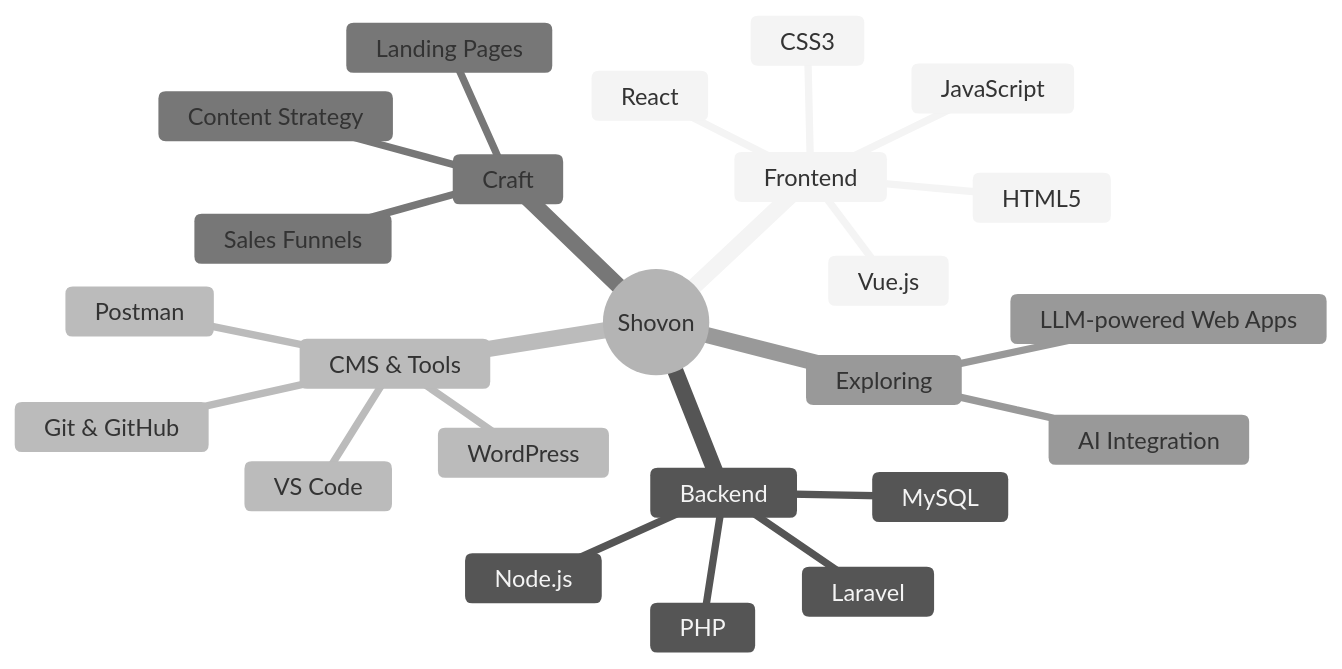
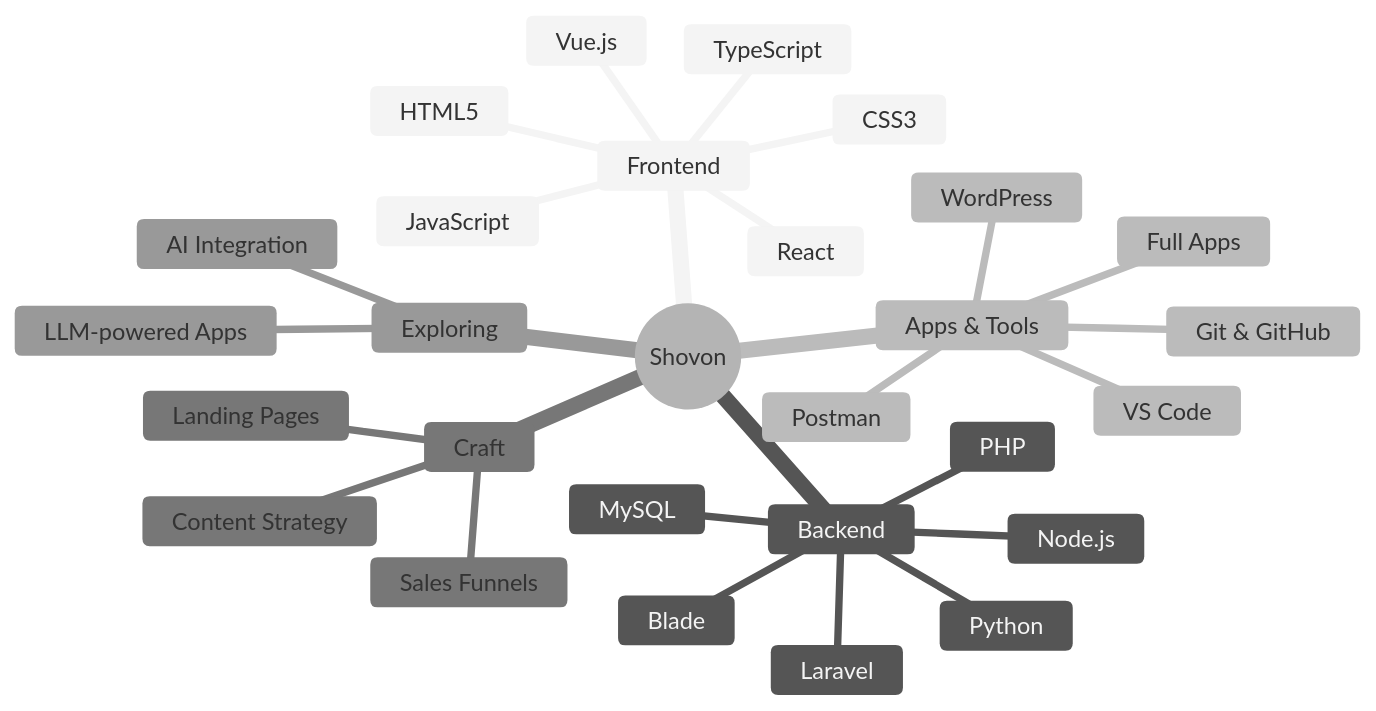
Before and after one commit to ShovonScripts/ShovonScripts: the second of 3 diagrams in README.md, drawn with Mermaid (neutral theme). The commit also changed other lines of this file and 5 other files, not shown here.

````diff
--- a/README.md
+++ b/README.md
@@ -76,27 +109,31 @@
 ```mermaid
 mindmap
   root((Shovon))
     Frontend
       HTML5
       CSS3
       JavaScript
+      TypeScript
       React
       Vue.js
     Backend
       PHP
       Laravel
+      Blade
       Node.js
+      Python
       MySQL
-    CMS & Tools
+    Apps & Tools
+      Full Apps
       WordPress
       Git & GitHub
       VS Code
       Postman
     Craft
       Landing Pages
       Sales Funnels
       Content Strategy
     Exploring
       AI Integration
-      LLM-powered Web Apps
+      LLM-powered Apps
 ```
````
